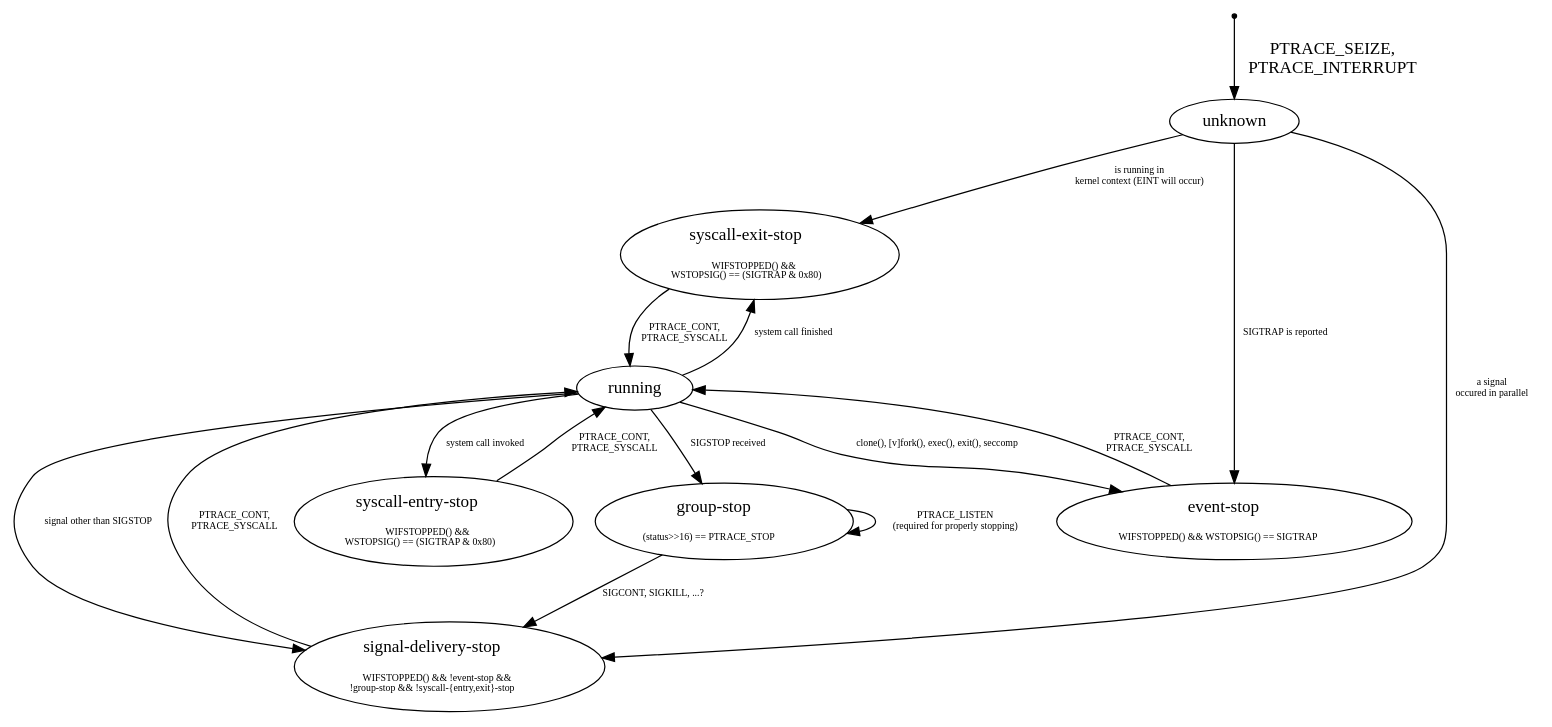
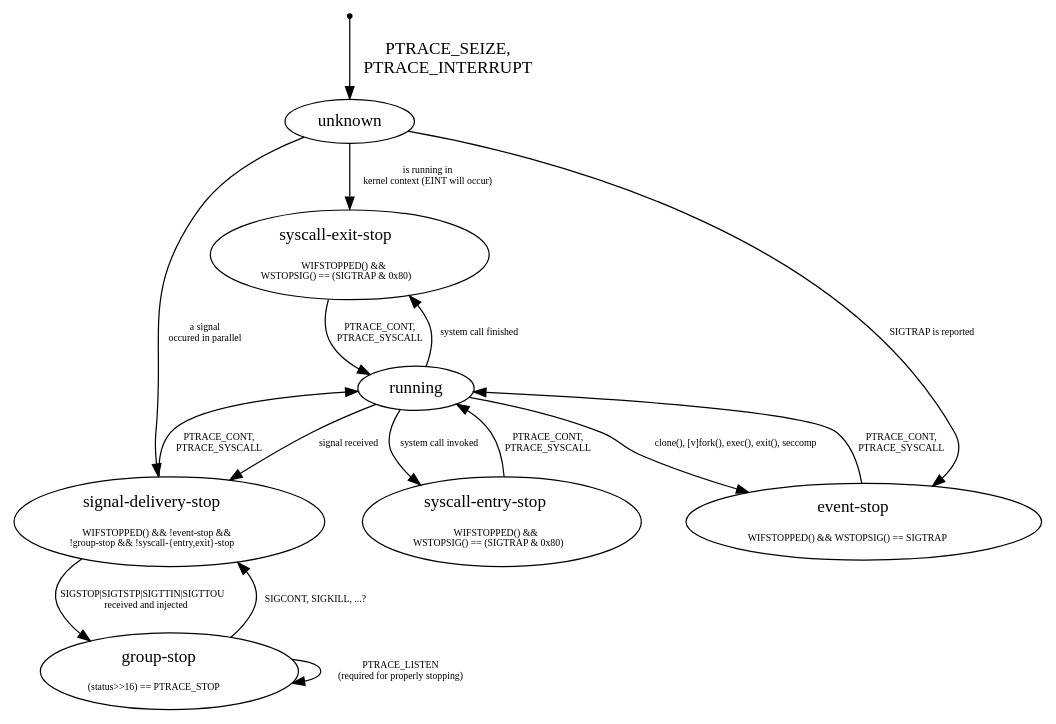
One commit to gerstner-hub/clues changed the diagram in doc/states.gv. Above: the diagram before and after it, drawn with Graphviz. The commit also changed 1 other file, not shown here.

Commit message:
states: more precise group_stop modelling
group_stop only occurs after SIGSTOP has been seen and injected into the
tracee.

```diff
--- a/doc/states.gv
+++ b/doc/states.gv
@@ -1,26 +1,26 @@
 digraph G {
 	unknown -> syscall_exit_stop [label="is running in\nkernel context (EINT will occur)" fontsize=8]
 	unknown -> event_stop [label="SIGTRAP is reported", fontsize=8]
 	unknown -> signal_delivery_stop [label="a signal\noccured in parallel" fontsize=8]
 
 	init [label="", shape=point]
 	init -> unknown [style="solid", label="PTRACE_SEIZE,\n PTRACE_INTERRUPT"]
 
 	signal_delivery_stop [label=<signal-delivery-stop<br/><br/><font point-size="8">WIFSTOPPED() &amp;&amp; !event-stop &amp;&amp;<br/>!group-stop &amp;&amp; !syscall-{entry,exit}-stop</font>>]
+	signal_delivery_stop -> group_stop [label=<<font point-size="8">SIGSTOP|SIGTSTP|SIGTTIN|SIGTTOU<br/>received and injected</font>>]
 
 	group_stop [label=<group-stop<br/><br/><font point-size="8">(status&gt;&gt;16) == PTRACE_STOP</font>>]
 	group_stop -> group_stop [label="PTRACE_LISTEN\n (required for properly stopping)" fontsize=8]
 	group_stop -> signal_delivery_stop [label="SIGCONT, SIGKILL, ...?" fontsize=8]
 
 	event_stop [label=<event-stop<br/><br/><font point-size="8">WIFSTOPPED() &amp;&amp; WSTOPSIG() == SIGTRAP</font>>]
 
 	syscall_entry_stop [label=<syscall-entry-stop<br/><br/><font point-size="8">WIFSTOPPED() &amp;&amp;<br/>WSTOPSIG() == (SIGTRAP &amp; 0x80)</font>>]
 	syscall_exit_stop [label=<syscall-exit-stop<br/><br/><font point-size="8">WIFSTOPPED() &amp;&amp;<br/>WSTOPSIG() == (SIGTRAP &amp; 0x80)</font>>]
 
 	{syscall_entry_stop, syscall_exit_stop, signal_delivery_stop, event_stop} -> running [label="PTRACE_CONT,\n PTRACE_SYSCALL" fontsize=8]
-	running -> group_stop [label="SIGSTOP received" fontsize=8]
-	running -> signal_delivery_stop [label="signal other than SIGSTOP" fontsize=8]
+	running -> signal_delivery_stop [label="signal received" fontsize=8]
 	running -> event_stop [label="clone(), [v]fork(), exec(), exit(), seccomp" fontsize=8]
 	running -> syscall_entry_stop [label="system call invoked" fontsize=8]
 	running -> syscall_exit_stop [label="system call finished" fontsize=8]
 }
```
